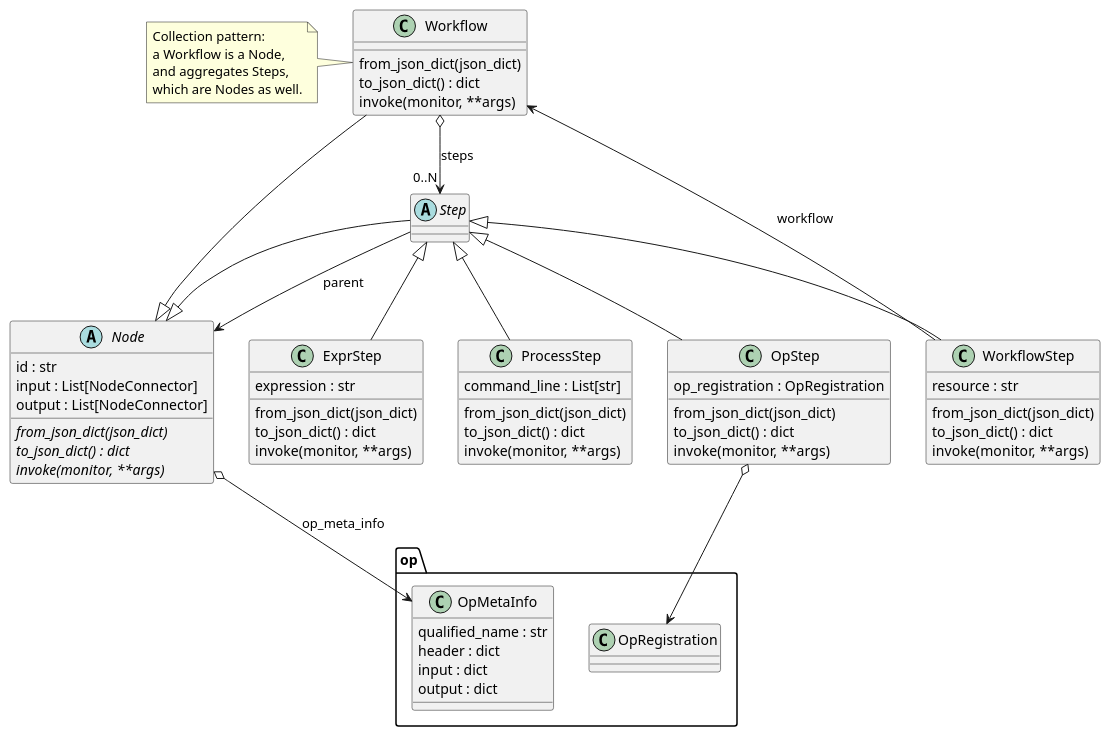
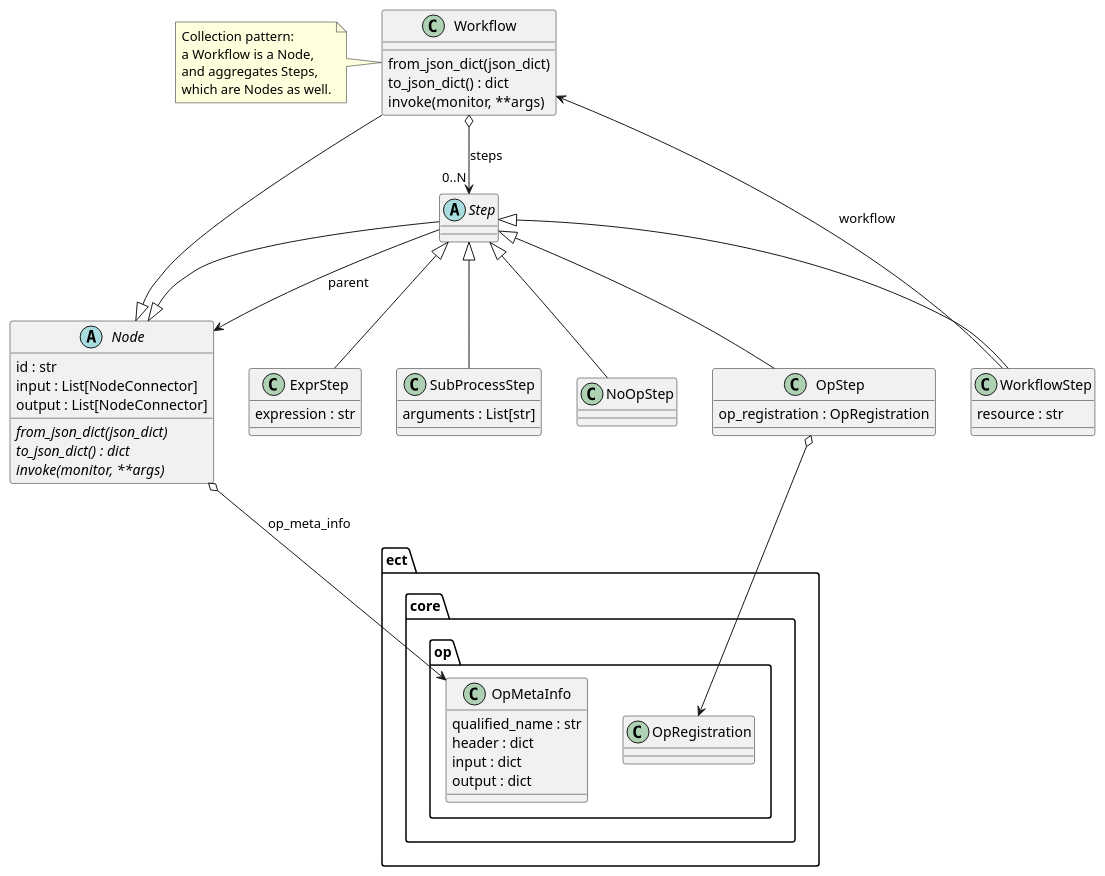
One commit to CCI-Tools/cate changed the diagram in doc/source/uml/workflow.puml. Above: the diagram before and after it, drawn with PlantUML.

Commit message:
Added NoOpStep, SubProcessStep

```diff
--- a/doc/source/uml/workflow.puml
+++ b/doc/source/uml/workflow.puml
@@ -1,70 +1,61 @@
 @startuml
 
 abstract Node {
     id : str
     input : List[NodeConnector]
     output : List[NodeConnector]
     {abstract} from_json_dict(json_dict)
     {abstract} to_json_dict() : dict
     {abstract} invoke(monitor, **args)
 }
 
 class Workflow extends Node {
     from_json_dict(json_dict)
     to_json_dict() : dict
     invoke(monitor, **args)
 }
 
 abstract class Step extends Node {
 }
 
 class WorkflowStep extends Step {
     resource : str
-    from_json_dict(json_dict)
-    to_json_dict() : dict
-    invoke(monitor, **args)
 }
 
 class OpStep extends Step {
     op_registration : OpRegistration
-    from_json_dict(json_dict)
-    to_json_dict() : dict
-    invoke(monitor, **args)
 }
 
 class ExprStep extends Step {
     expression : str
-    from_json_dict(json_dict)
-    to_json_dict() : dict
-    invoke(monitor, **args)
 }
 
-class ProcessStep extends Step {
-    command_line : List[str]
-    from_json_dict(json_dict)
-    to_json_dict() : dict
-    invoke(monitor, **args)
+class SubProcessStep extends Step {
+    arguments : List[str]
 }
 
-class op.OpMetaInfo {
+class NoOpStep extends Step {
+}
+
+class ect.core.op.OpMetaInfo {
     qualified_name : str
     header : dict
     input : dict
     output : dict
 }
 
 WorkflowStep --> Workflow: workflow
-OpStep o--> op.OpRegistration
-Node o--> op.OpMetaInfo: op_meta_info
+OpStep o--> ect.core.op.OpRegistration
+Node o--> ect.core.op.OpMetaInfo: op_meta_info
 Workflow o--> "0..N" Step: steps
 Step --> Node : parent
 
 
 note left of Workflow
 Collection pattern:
 a Workflow is a Node,
 and aggregates Steps,
 which are Nodes as well.
 end note
 
 @enduml
```
